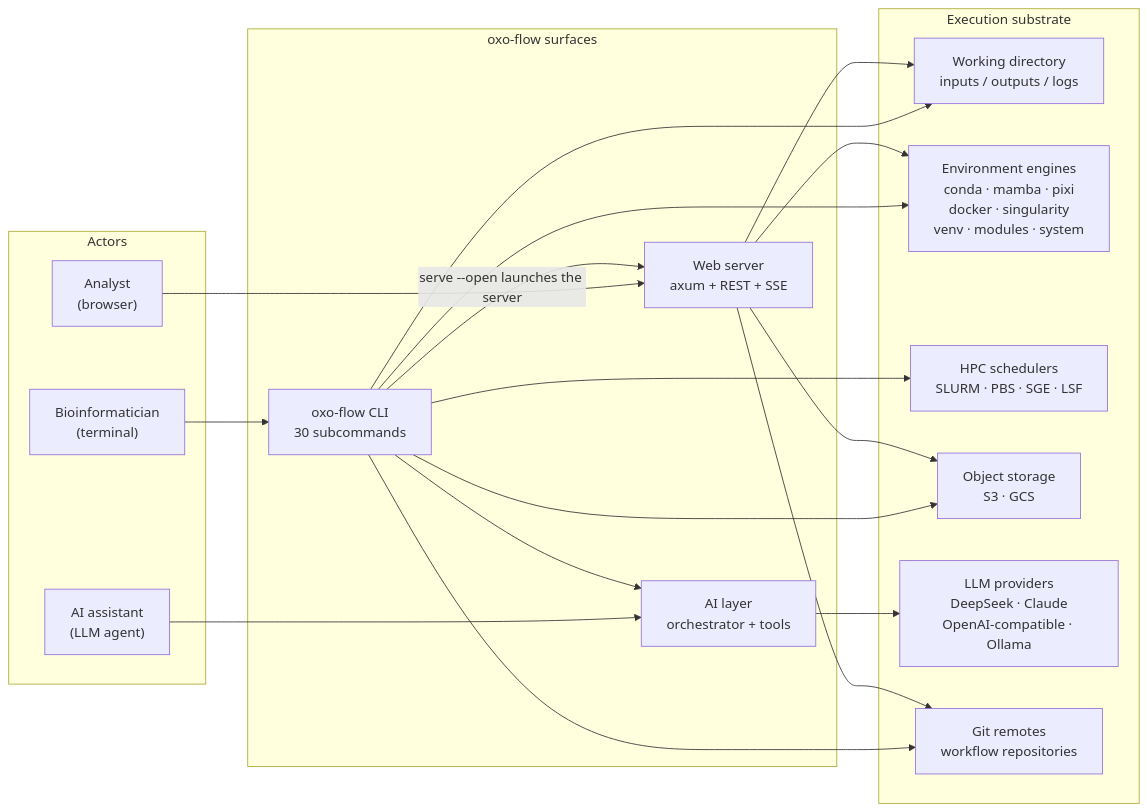
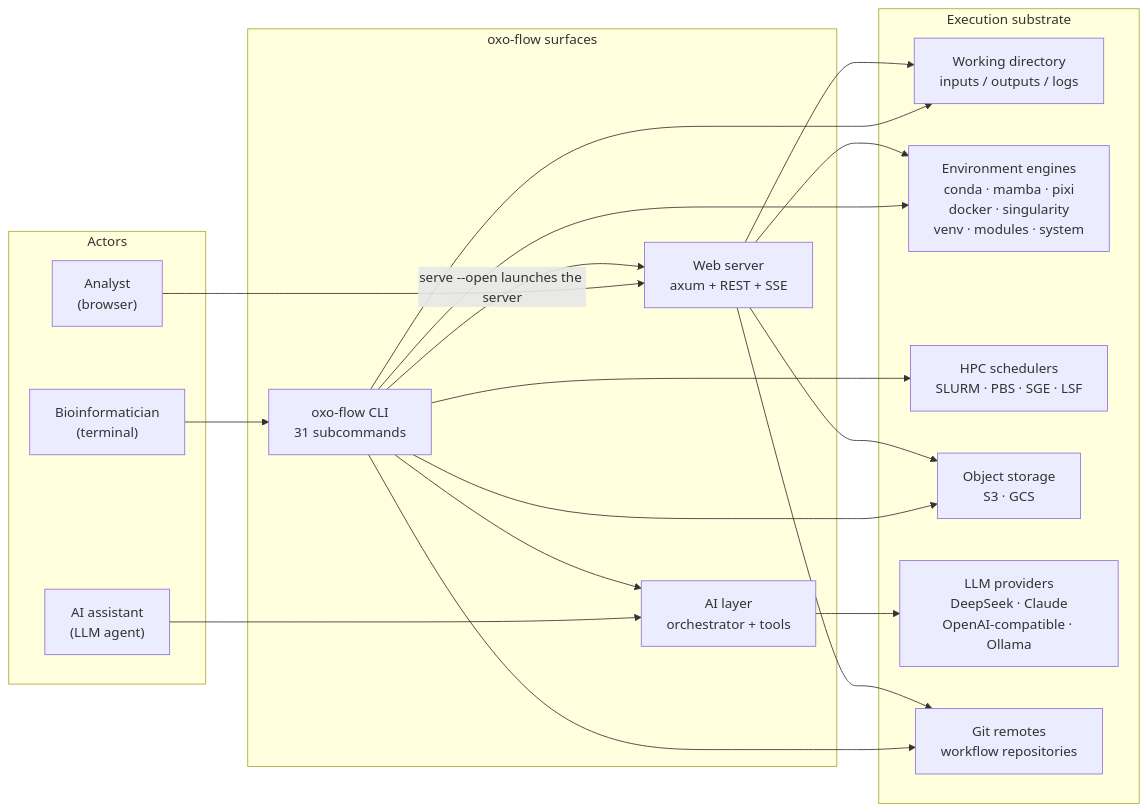
One commit to Traitome/oxo-flow changed the first of 12 diagrams in docs/guide/src/reference/architecture.md. Above: the diagram before and after it, drawn with Mermaid. The commit also changed other lines of this file and 5 other files, not shown here.

````diff
--- a/docs/guide/src/reference/architecture.md
+++ b/docs/guide/src/reference/architecture.md
@@ -49,40 +49,40 @@
 ```mermaid
 flowchart LR
     subgraph actors["Actors"]
         bio["Bioinformatician<br/>(terminal)"]
         webuser["Analyst<br/>(browser)"]
         agent["AI assistant<br/>(LLM agent)"]
     end
 
     subgraph surfaces["oxo-flow surfaces"]
-        cli["oxo-flow CLI<br/>30 subcommands"]
+        cli["oxo-flow CLI<br/>31 subcommands"]
         web["Web server<br/>axum + REST + SSE"]
         ai["AI layer<br/>orchestrator + tools"]
     end
 
     subgraph world["Execution substrate"]
         fs["Working directory<br/>inputs / outputs / logs"]
         env["Environment engines<br/>conda · mamba · pixi<br/>docker · singularity<br/>venv · modules · system"]
         hpc["HPC schedulers<br/>SLURM · PBS · SGE · LSF"]
         obj["Object storage<br/>S3 · GCS"]
         llm["LLM providers<br/>DeepSeek · Claude<br/>OpenAI-compatible · Ollama"]
         git["Git remotes<br/>workflow repositories"]
     end
 
     bio --> cli
     webuser --> web
     cli -- "serve --open launches the server" --> web
     agent --> ai
     cli --> ai
 
     cli --> fs
     web --> fs
     cli --> env
     web --> env
     cli --> hpc
     cli --> obj
     web --> obj
     cli --> git
     web --> git
     ai --> llm
 ```
````
